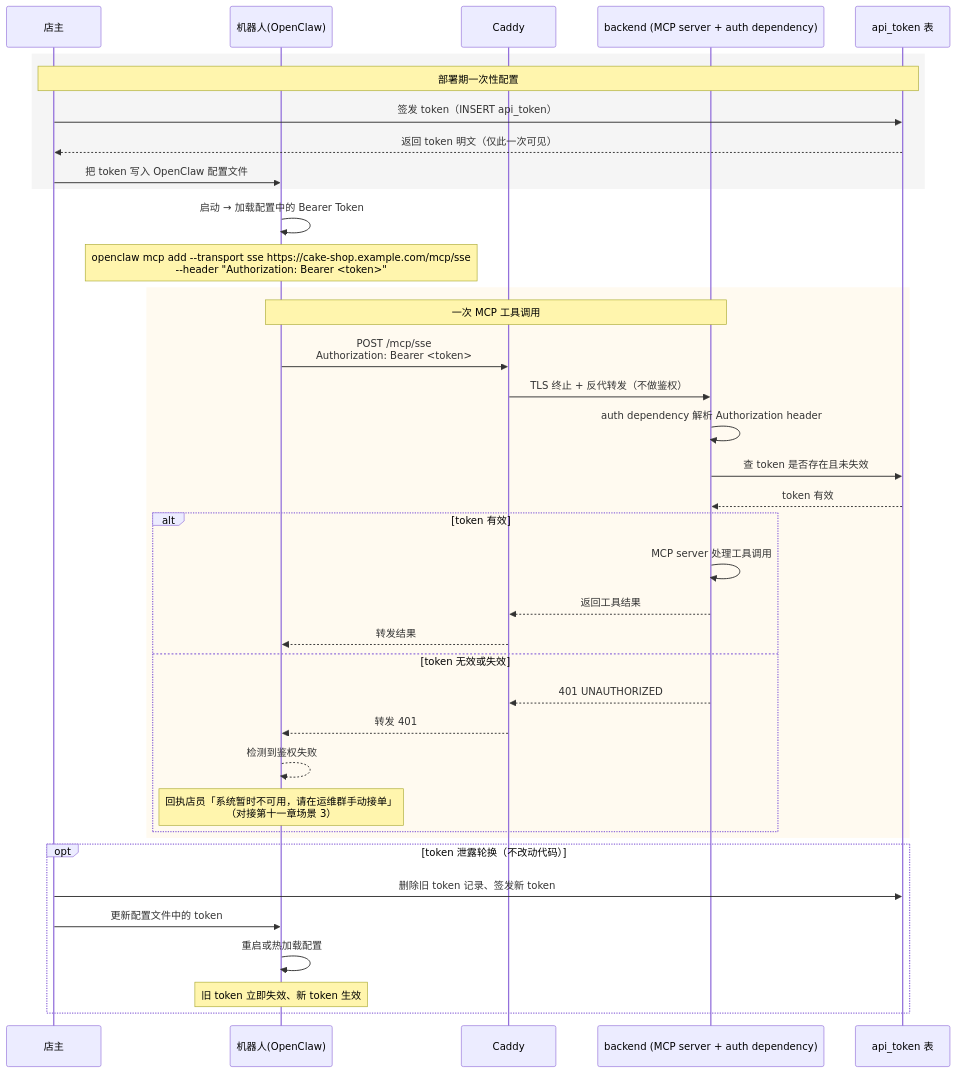
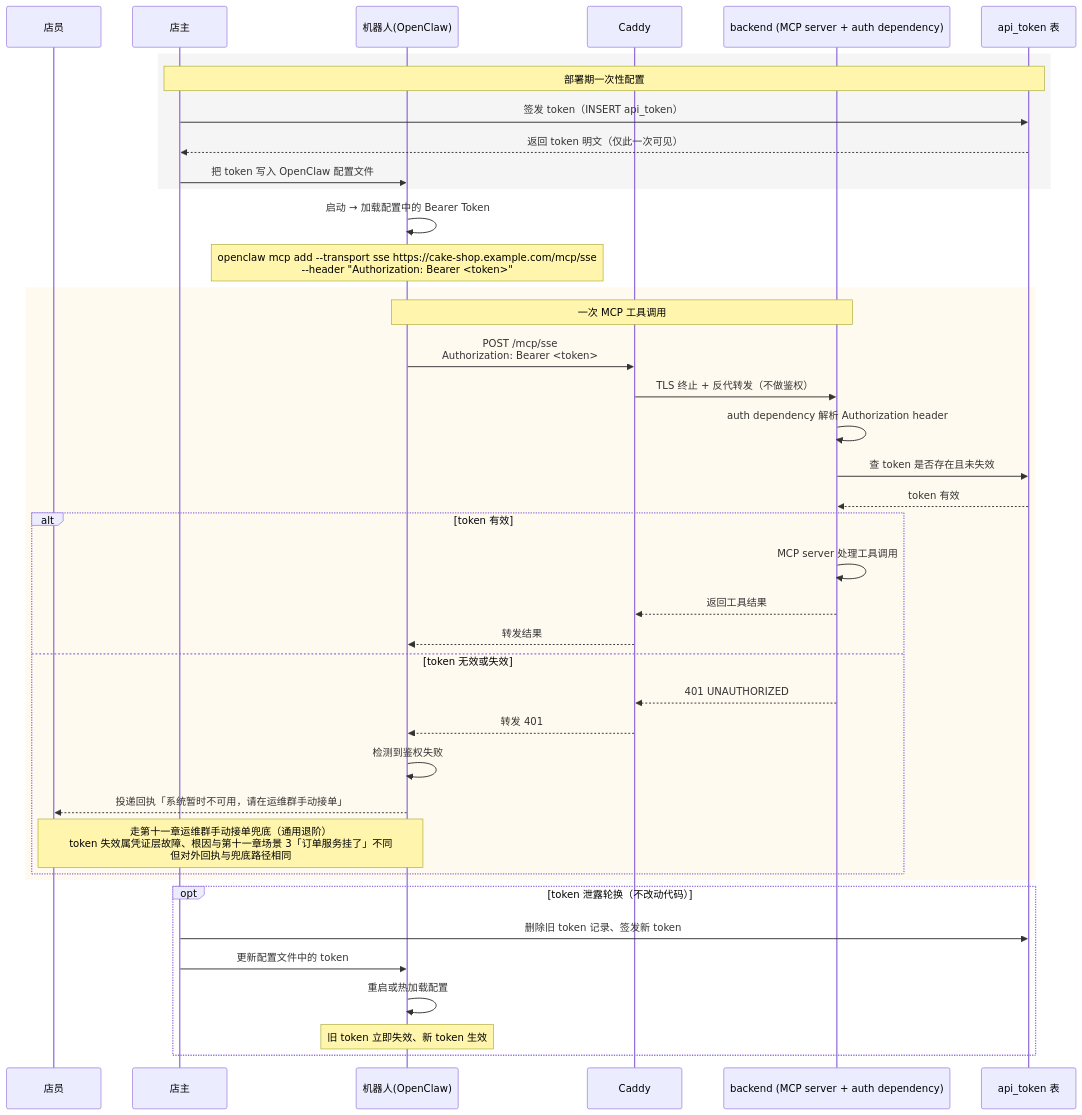
One commit to Antiqueeeee/cake-management changed diagram 26 of 35 in docs/时序图.md. Above: the diagram before and after it, drawn with Mermaid. The commit also changed other lines of this file, not shown here.

Commit message:
时序图 v1.4.1：按 v1.4 子代理 review 修 1 必修 + 2 建议修
M1（必修）：B2 故事 4「token 失效对接第十一章场景 3」语义错配——
第十一章场景 3 是「订单服务挂了」（业务后端故障），与 Bearer Token 失效
（凭证层故障）根因不同、应急流程不同。原文「（对接第十一章场景 3）」
会让读者误以为走场景 3 的完整链路（含「店员保留原始消息→场景 1 补录」）。
修订：改为「走第十一章运维群手动接单兜底（通用退阶）、token 失效属
凭证层故障、根因与场景 3 不同但对外回执与兜底路径相同」。

S1（建议修）：B2 token 失效分支补 OpenClaw→店员的实线投递箭头，
与 B3 故事 5 画法统一（B3 已显式画出 OpenClaw-->>店员 投递回执）。
participants 同步加「店员」参与者。

S2（建议修）：B3 第 4 类「店员回复」Note 补半句说明 message_received
双语义判定逻辑——「Plugin 按 Log 表是否已有该 session_id 记录判定
首条/后续」，与故事 5 核心约束呼应、消除「同一 hook 出现两次」的困惑。

````diff
--- a/docs/时序图.md
+++ b/docs/时序图.md
@@ -1334,45 +1334,47 @@
 ```mermaid
 sequenceDiagram
+    participant 店员
     participant 店主
     participant OpenClaw as 机器人(OpenClaw)
     participant Caddy
     participant 系统 as backend (MCP server + auth dependency)
     participant Token as api_token 表
 
     rect rgb(245, 245, 245)
     Note over 店主,Token: 部署期一次性配置
     店主->>Token: 签发 token（INSERT api_token）
     Token-->>店主: 返回 token 明文（仅此一次可见）
     店主->>OpenClaw: 把 token 写入 OpenClaw 配置文件
     end
 
     OpenClaw->>OpenClaw: 启动 → 加载配置中的 Bearer Token
     Note over OpenClaw: openclaw mcp add --transport sse https://cake-shop.example.com/mcp/sse<br/>--header "Authorization: Bearer <token>"
 
     rect rgb(255, 250, 240)
     Note over OpenClaw,系统: 一次 MCP 工具调用
     OpenClaw->>Caddy: POST /mcp/sse<br/>Authorization: Bearer <token>
     Caddy->>系统: TLS 终止 + 反代转发（不做鉴权）
     系统->>系统: auth dependency 解析 Authorization header
     系统->>Token: 查 token 是否存在且未失效
     Token-->>系统: token 有效
 
     alt token 有效
         系统->>系统: MCP server 处理工具调用
         系统-->>Caddy: 返回工具结果
         Caddy-->>OpenClaw: 转发结果
     else token 无效或失效
         系统-->>Caddy: 401 UNAUTHORIZED
         Caddy-->>OpenClaw: 转发 401
-        OpenClaw-->>OpenClaw: 检测到鉴权失败
-        Note over OpenClaw: 回执店员「系统暂时不可用，请在运维群手动接单」<br/>（对接第十一章场景 3）
+        OpenClaw->>OpenClaw: 检测到鉴权失败
+        OpenClaw-->>店员: 投递回执「系统暂时不可用，请在运维群手动接单」
+        Note over OpenClaw,店员: 走第十一章运维群手动接单兜底（通用退阶）<br/>token 失效属凭证层故障、根因与第十一章场景 3「订单服务挂了」不同<br/>但对外回执与兜底路径相同
     end
     end
 
     opt token 泄露轮换（不改动代码）
         店主->>Token: 删除旧 token 记录、签发新 token
         店主->>OpenClaw: 更新配置文件中的 token
         OpenClaw->>OpenClaw: 重启或热加载配置
         Note over OpenClaw: 旧 token 立即失效、新 token 生效
     end
 ```
````
